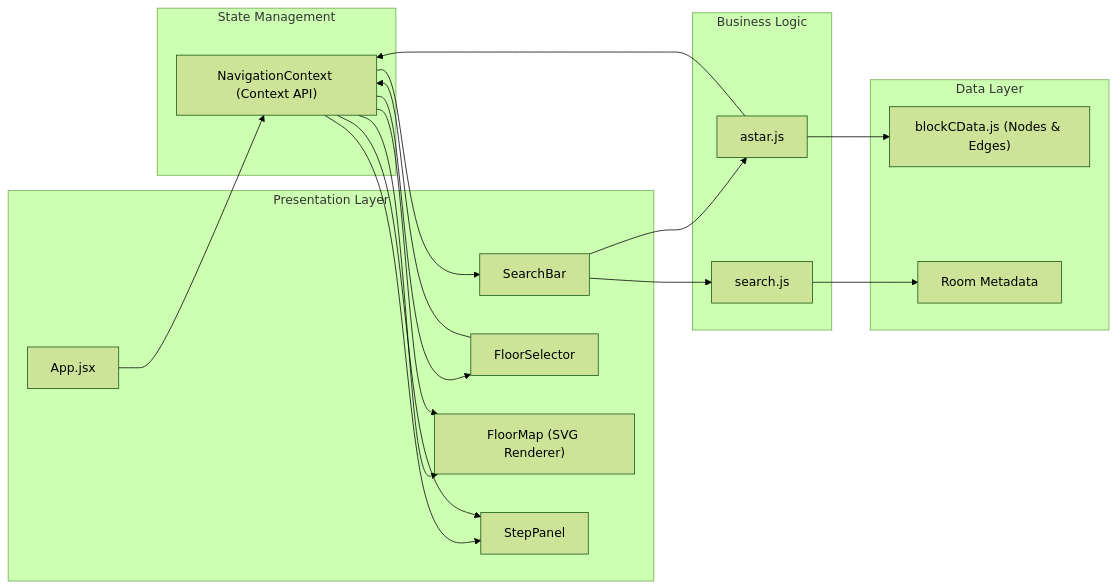
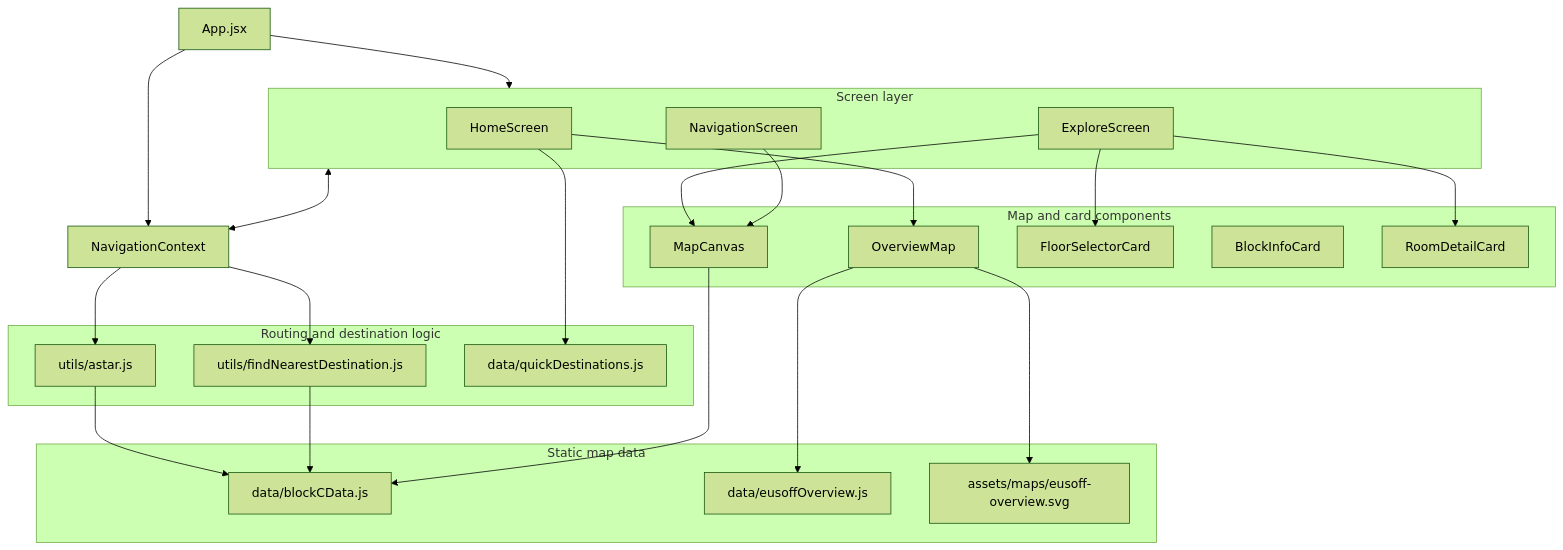
Before and after one commit to Duckmannnn/NUSCompass: the third of 5 diagrams in README.md, drawn with Mermaid (forest theme). The commit also changed other lines of this file, not shown here.

````diff
--- a/README.md
+++ b/README.md
@@ -243,40 +541,52 @@
 ```mermaid
-flowchart LR
-    subgraph Presentation["Presentation Layer"]
-        App["App.jsx"]
-        SearchBar["SearchBar"]
-        FloorSelector["FloorSelector"]
-        FloorMap["FloorMap (SVG Renderer)"]
-        StepPanel["StepPanel"]
+flowchart TB
+    App["App.jsx"]
+
+    subgraph Screens["Screen layer"]
+        Home["HomeScreen"]
+        Explore["ExploreScreen"]
+        Navigation["NavigationScreen"]
     end
 
-    subgraph State["State Management"]
-        NavigationContext["NavigationContext (Context API)"]
+    subgraph SharedUI["Map and card components"]
+        Overview["OverviewMap"]
+        Canvas["MapCanvas"]
+        FloorSelector["FloorSelectorCard"]
+        BlockCard["BlockInfoCard"]
+        RoomCard["RoomDetailCard"]
     end
 
-    subgraph Business["Business Logic"]
-        Search["search.js"]
-        AStar["astar.js"]
+    Context["NavigationContext"]
+
+    subgraph Logic["Routing and destination logic"]
+        AStar["utils/astar.js"]
+        Nearest["utils/findNearestDestination.js"]
+        Quick["data/quickDestinations.js"]
     end
 
-    subgraph Data["Data Layer"]
-        Graph["blockCData.js (Nodes & Edges)"]
-        Room["Room Metadata"]
+    subgraph Data["Static map data"]
+        BlockC["data/blockCData.js"]
+        OverviewData["data/eusoffOverview.js"]
+        OverviewSVG["assets/maps/eusoff-overview.svg"]
     end
 
-    App --> NavigationContext
-    NavigationContext --> SearchBar
-    NavigationContext --> FloorSelector
-    NavigationContext --> FloorMap
-    NavigationContext --> StepPanel
+    App --> Context
+    App --> Screens
 
-    SearchBar --> Search
-    Search --> Room
-    SearchBar --> AStar
-    AStar --> Graph
-    AStar --> NavigationContext
+    Home --> Overview
+    Home --> Quick
+    Explore --> Canvas
+    Explore --> FloorSelector
+    Explore --> RoomCard
+    Navigation --> Canvas
 
-    FloorSelector --> NavigationContext
-    NavigationContext --> FloorMap
-    NavigationContext --> StepPanel
+    Screens <--> Context
+    Context --> AStar
+    Context --> Nearest
+
+    AStar --> BlockC
+    Nearest --> BlockC
+    Overview --> OverviewData
+    Overview --> OverviewSVG
+    Canvas --> BlockC
 ```
````
